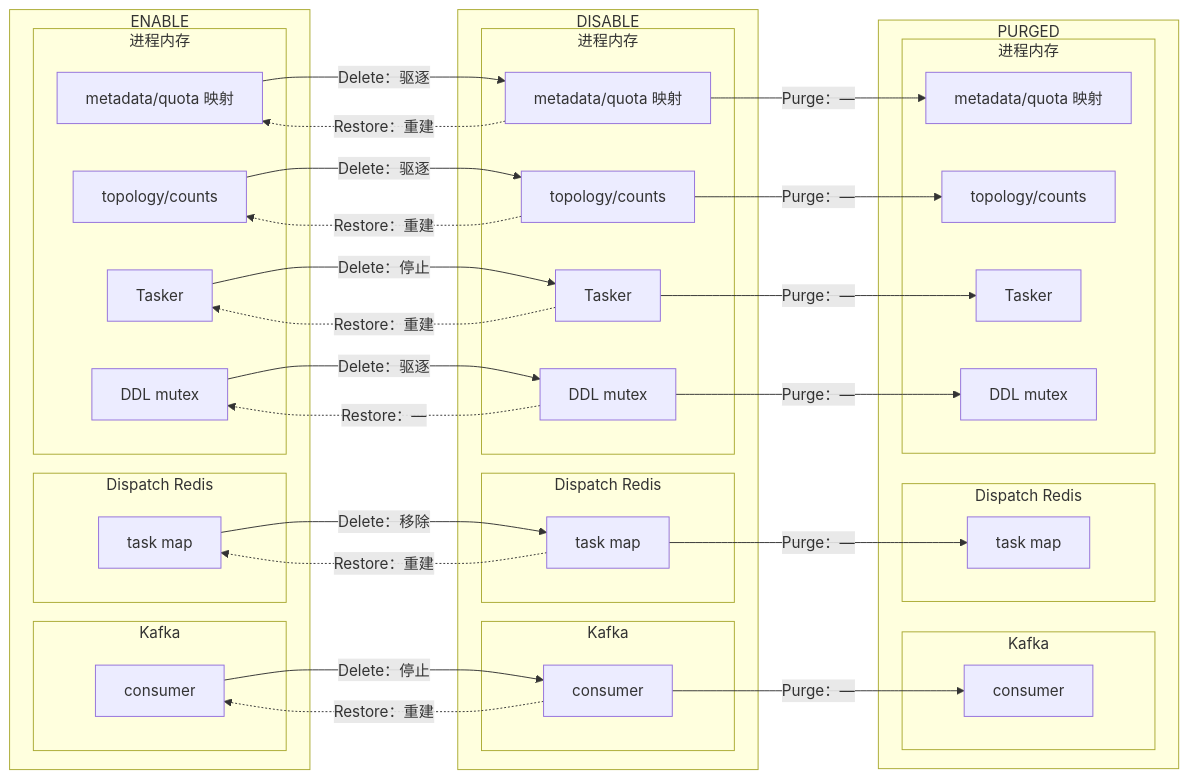
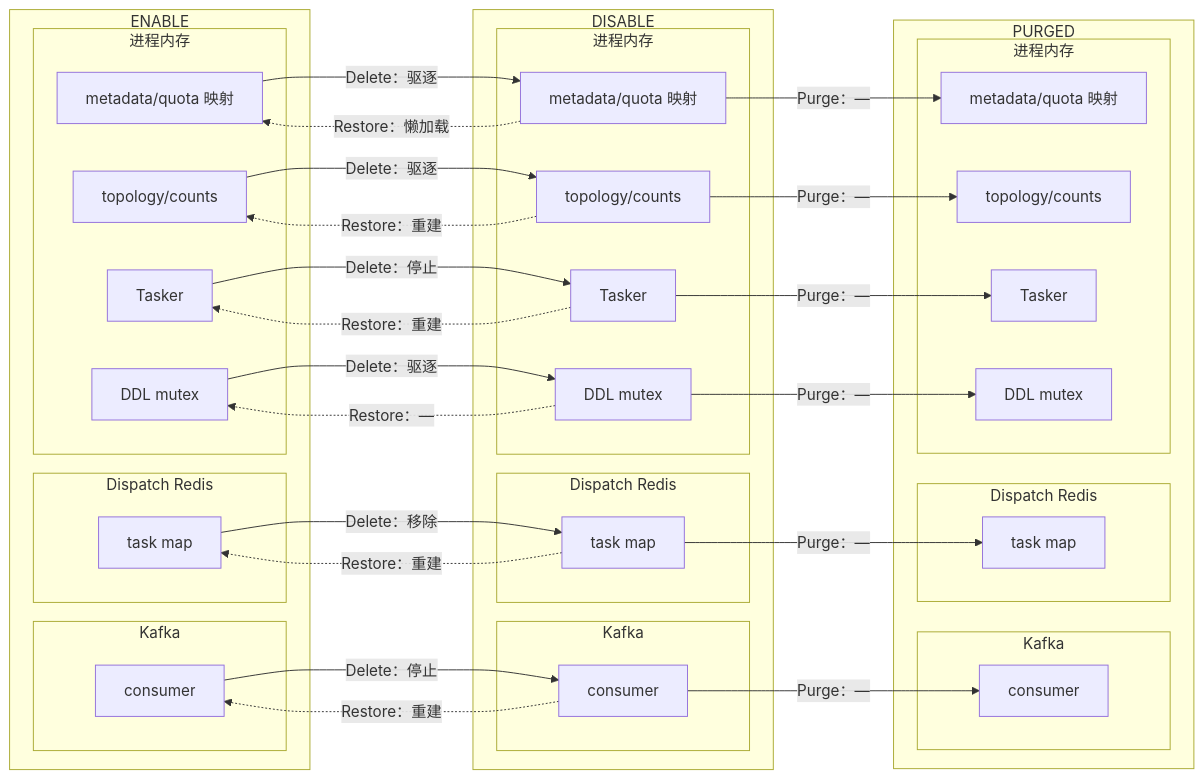
Before and after one commit to qinwenshiCH/workflow: diagram 17 of 21 in specs/20260716-Wave-Refac-OrganizationProjectLifecycle/04-detail.md, drawn with Mermaid. The commit also changed other lines of this file, not shown here.

First line of the commit message:
fix: 按代码核实修正 Wagent 队列类型和两处 Restore 标注

````diff
--- a/specs/20260716-Wave-Refac-OrganizationProjectLifecycle/04-detail.md
+++ b/specs/20260716-Wave-Refac-OrganizationProjectLifecycle/04-detail.md
@@ -1119,66 +1119,66 @@
 ```mermaid
 flowchart LR
     subgraph enable["ENABLE"]
         subgraph e_kafka["Kafka"]
             ELoader["consumer"]
         end
         subgraph e_redis["Dispatch Redis"]
             EMap["task map"]
         end
         subgraph e_memory["进程内存"]
             EMeta["metadata/quota 映射"]
             ECounts["topology/counts"]
             ETasker["Tasker"]
             EMutex["DDL mutex"]
         end
     end
 
     subgraph disable["DISABLE"]
         subgraph d_kafka["Kafka"]
             DLoader["consumer"]
         end
         subgraph d_redis["Dispatch Redis"]
             DMap["task map"]
         end
         subgraph d_memory["进程内存"]
             DMeta["metadata/quota 映射"]
             DCounts["topology/counts"]
             DTasker["Tasker"]
             DMutex["DDL mutex"]
         end
     end
 
     subgraph purged["PURGED"]
         subgraph p_kafka["Kafka"]
             PLoader["consumer"]
         end
         subgraph p_redis["Dispatch Redis"]
             PMap["task map"]
         end
         subgraph p_memory["进程内存"]
             PMeta["metadata/quota 映射"]
             PCounts["topology/counts"]
             PTasker["Tasker"]
             PMutex["DDL mutex"]
         end
     end
 
     EMap -->|Delete：移除| DMap
     ETasker -->|Delete：停止| DTasker
     ELoader -->|Delete：停止| DLoader
     EMeta -->|Delete：驱逐| DMeta
     ECounts -->|Delete：驱逐| DCounts
     EMutex -->|Delete：驱逐| DMutex
     DMap -.->|Restore：重建| EMap
     DTasker -.->|Restore：重建| ETasker
     DLoader -.->|Restore：重建| ELoader
-    DMeta -.->|Restore：重建| EMeta
+    DMeta -.->|Restore：懒加载| EMeta
     DCounts -.->|Restore：重建| ECounts
     DMutex -.->|Restore：—| EMutex
     DMap -->|Purge：—| PMap
     DTasker -->|Purge：—| PTasker
     DLoader -->|Purge：—| PLoader
     DMeta -->|Purge：—| PMeta
     DCounts -->|Purge：—| PCounts
     DMutex -->|Purge：—| PMutex
 ```
````
